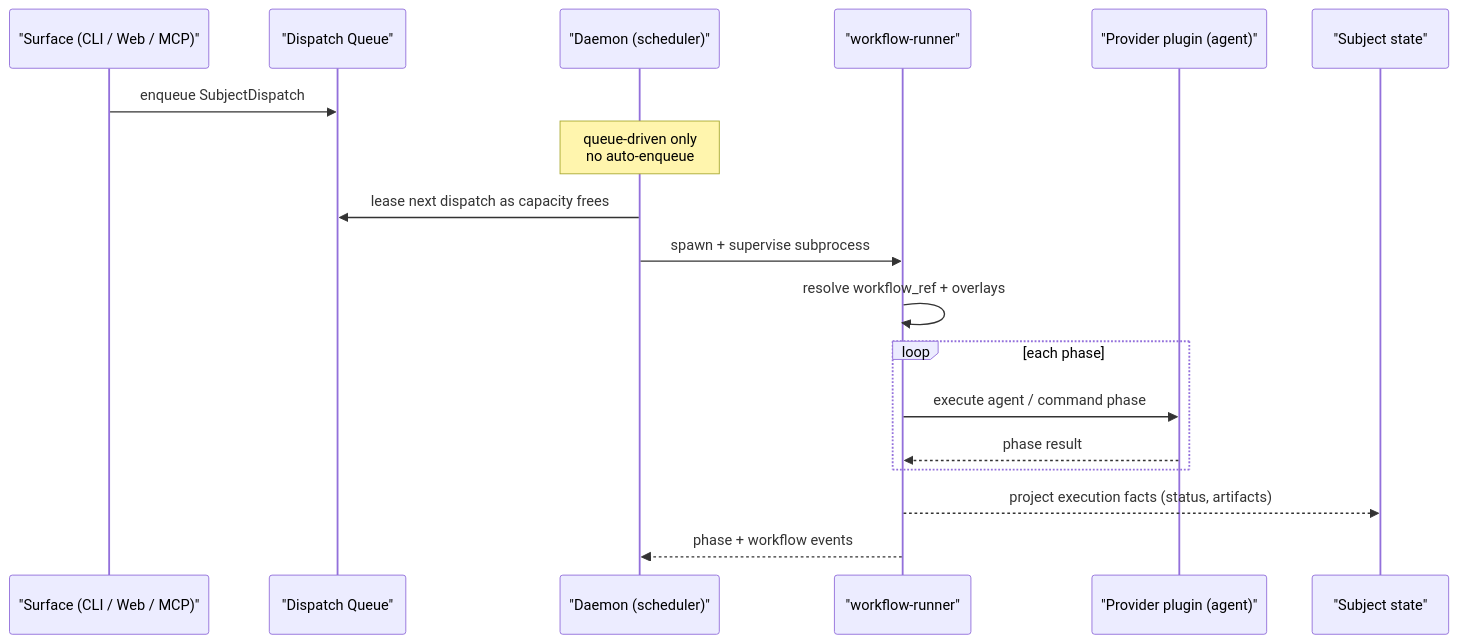
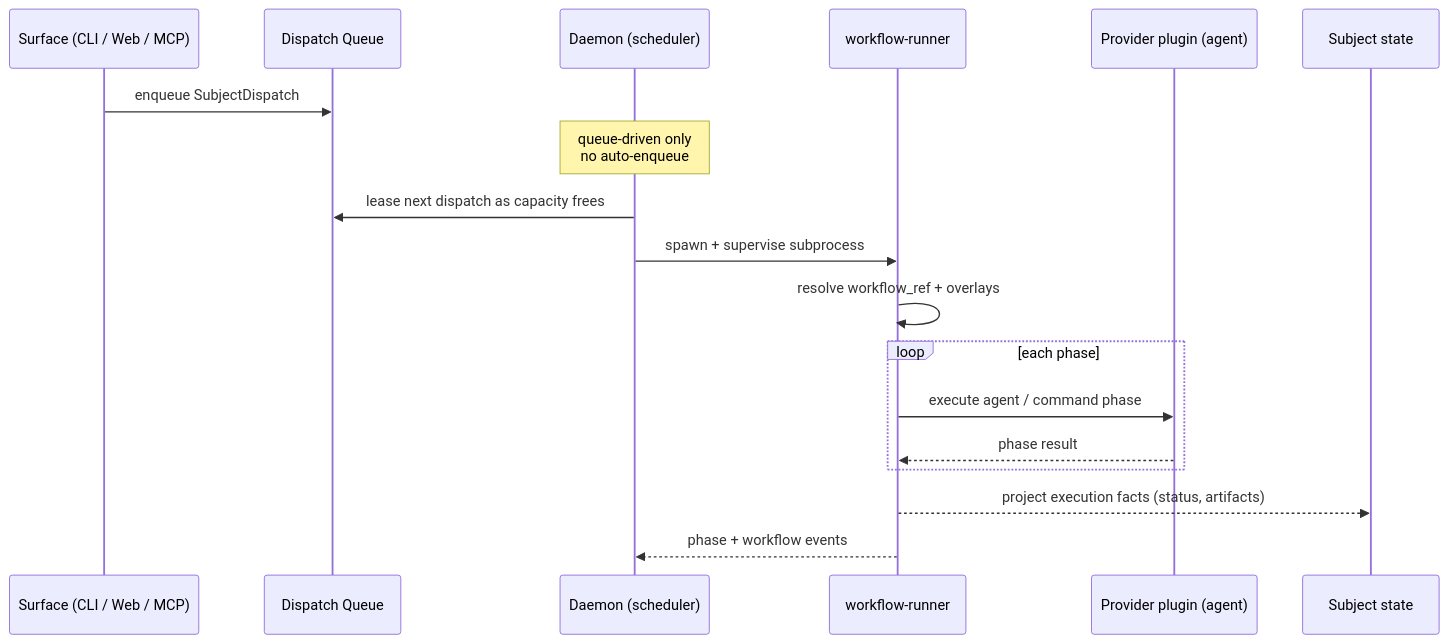
One commit to launchapp-dev/animus-cli changed the second of 3 diagrams in docs/concepts/how-ao-works.md. Above: the diagram before and after it, drawn with Mermaid. The commit also changed 9 other files, not shown here.

First line of the commit message:
docs: ELK layout, light/dark mermaid, fix clipped labels

````diff
--- a/docs/concepts/how-ao-works.md
+++ b/docs/concepts/how-ao-works.md
@@ -63,21 +63,21 @@
 ```mermaid
 sequenceDiagram
-    participant Surface as "Surface (CLI / Web / MCP)"
-    participant Queue as "Dispatch Queue"
-    participant Daemon as "Daemon (scheduler)"
-    participant Runner as "workflow-runner"
-    participant Provider as "Provider plugin (agent)"
-    participant Subject as "Subject state"
+    participant Surface as Surface (CLI / Web / MCP)
+    participant Queue as Dispatch Queue
+    participant Daemon as Daemon (scheduler)
+    participant Runner as workflow-runner
+    participant Provider as Provider plugin (agent)
+    participant Subject as Subject state
 
     Surface->>Queue: enqueue SubjectDispatch
     Note over Daemon: queue-driven only<br/>no auto-enqueue
     Daemon->>Queue: lease next dispatch as capacity frees
     Daemon->>Runner: spawn + supervise subprocess
     Runner->>Runner: resolve workflow_ref + overlays
     loop each phase
         Runner->>Provider: execute agent / command phase
         Provider-->>Runner: phase result
     end
     Runner-->>Subject: project execution facts (status, artifacts)
     Runner-->>Daemon: phase + workflow events
 ```
````
